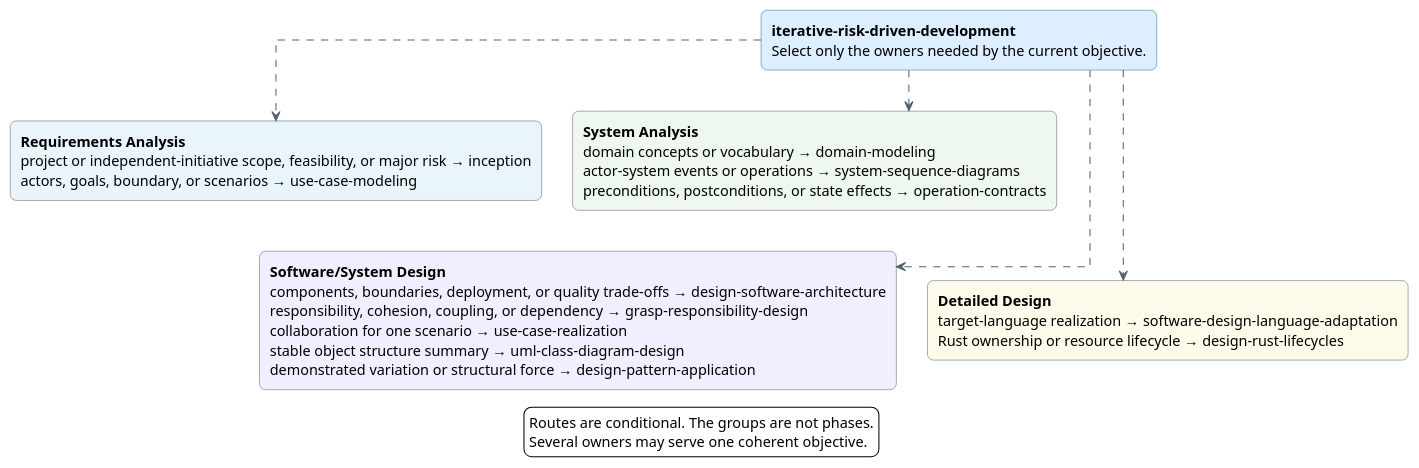
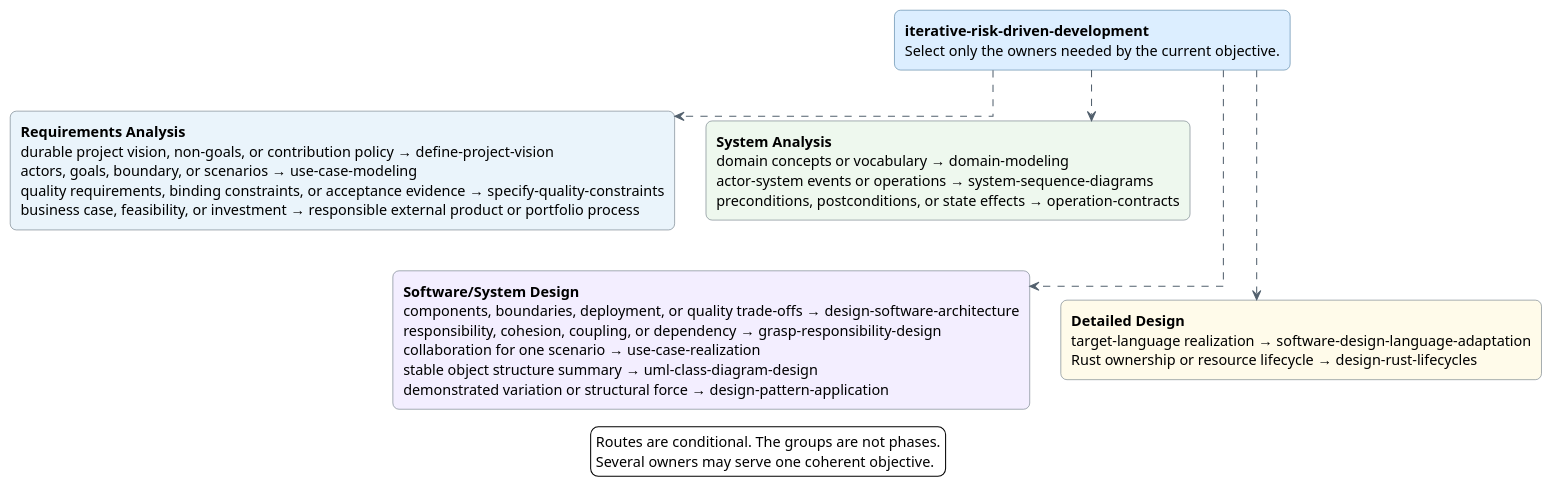
One commit to sirius-cc-wu/sirius-skills changed the second of 4 diagrams in catalog/skill-relationships.md. Above: the diagram before and after it, drawn with PlantUML. The commit also changed other lines of this file and 35 other files, not shown here.

````diff
--- a/catalog/skill-relationships.md
+++ b/catalog/skill-relationships.md
@@ -390,72 +401,74 @@
 ```plantuml
 @startuml iterative-design-skill-relationships
 top to bottom direction
 
 skinparam backgroundColor #FFFFFF
 skinparam shadowing false
 skinparam packageStyle rectangle
 skinparam linetype ortho
 skinparam defaultFontName Arial
 skinparam defaultTextAlignment left
 skinparam ArrowColor #52606D
 skinparam nodesep 30
 skinparam ranksep 40
 hide stereotype
 skinparam rectangle {
   BackgroundColor #FFFFFF
   BorderColor #52606D
   RoundCorner 12
 }
 skinparam rectangle<<coordinator>> {
   BackgroundColor #DCEEFF
   BorderColor #2F6690
 }
 
 rectangle iterative <<coordinator>> [
 **iterative-risk-driven-development**
 Select only the owners needed by the current objective.
 ]
 
 rectangle requirements #EAF4FB [
 **Requirements Analysis**
-project or independent-initiative scope, feasibility, or major risk → inception
+durable project vision, non-goals, or contribution policy → define-project-vision
 actors, goals, boundary, or scenarios → use-case-modeling
+quality requirements, binding constraints, or acceptance evidence → specify-quality-constraints
+business case, feasibility, or investment → responsible external product or portfolio process
 ]
 
 rectangle systemAnalysis #EEF8EE [
 **System Analysis**
 domain concepts or vocabulary → domain-modeling
 actor-system events or operations → system-sequence-diagrams
 preconditions, postconditions, or state effects → operation-contracts
 ]
 
 rectangle softwareDesign #F3EEFF [
 **Software/System Design**
 components, boundaries, deployment, or quality trade-offs → design-software-architecture
 responsibility, cohesion, coupling, or dependency → grasp-responsibility-design
 collaboration for one scenario → use-case-realization
 stable object structure summary → uml-class-diagram-design
 demonstrated variation or structural force → design-pattern-application
 ]
 
 rectangle detailedDesign #FFFBEA [
 **Detailed Design**
 target-language realization → software-design-language-adaptation
 Rust ownership or resource lifecycle → design-rust-lifecycles
 ]
 
 iterative ..> requirements
 iterative ..> systemAnalysis
 iterative ..> softwareDesign
 iterative ..> detailedDesign
 
 requirements -[hidden]right-> systemAnalysis
 requirements -[hidden]down-> softwareDesign
 softwareDesign -[hidden]right-> detailedDesign
 
 legend bottom
   Routes are conditional. The groups are not phases.
   Several owners may serve one coherent objective.
 endlegend
 @enduml
 ```
````
